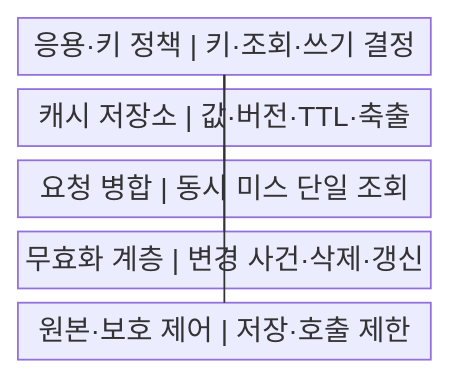
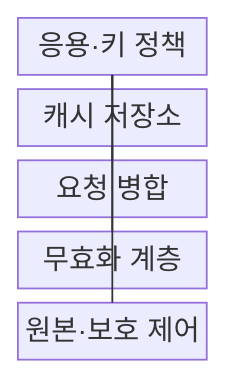
The first of 2 diagrams in src/content/docs/notes/03-software/180_caching_strategy.md (agnusdei1207/knowledge-base), drawn with Mermaid before and after one commit. The commit also changed other lines of this file and 238 other files, not shown here.

````diff
--- a/src/content/docs/notes/03-software/180_caching_strategy.md
+++ b/src/content/docs/notes/03-software/180_caching_strategy.md
@@ -57,13 +57,13 @@
 ```mermaid
-block
+block-beta
     columns 1
-    A["응용·키 정책 | 키·조회·쓰기 결정"]
-    B["캐시 저장소 | 값·버전·TTL·축출"]
-    C["요청 병합 | 동시 미스 단일 조회"]
-    D["무효화 계층 | 변경 사건·삭제·갱신"]
-    E["원본·보호 제어 | 저장·호출 제한"]
+    A["응용·키 정책"]
+    B["캐시 저장소"]
+    C["요청 병합"]
+    D["무효화 계층"]
+    E["원본·보호 제어"]
     A --- B
     A --- C
     B --- D
     A --- E
 ```
````
